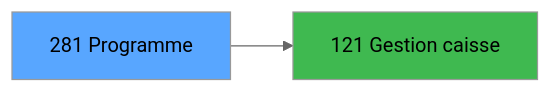
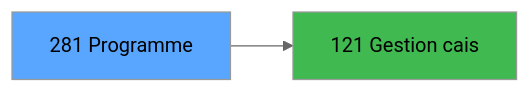
One commit to thonyAGP/magic-migration changed the third of 3 diagrams in .openspec/specs/ADH-IDE-281.md. Above: the diagram before and after it, drawn with Mermaid (neutral theme). The commit also changed other lines of this file and 323 other files, not shown here.

````diff
--- a/.openspec/specs/ADH-IDE-281.md
+++ b/.openspec/specs/ADH-IDE-281.md
@@ -115,8 +124,8 @@
 ```mermaid
 graph LR
     T[281 Programme]
-    C121[121 Gestion caisse]
+    C121[121 Gestion cais]
     T --> C121
     style T fill:#58a6ff,color:#000
     style C121 fill:#3fb950
 ```
````
